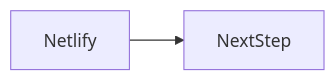
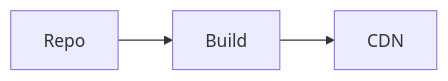
The second of 2 diagrams in docs/en/19-deployment/netlify/index.md (OmidJavaherii/Frontend-Engineering-Handbook), drawn with Mermaid before and after one commit. The commit also changed other lines of this file and 461 other files, not shown here.

````diff
--- a/docs/en/19-deployment/netlify/index.md
+++ b/docs/en/19-deployment/netlify/index.md
@@ -94,4 +112,5 @@
 ```mermaid
 flowchart LR
-  concept[Netlify] --> nextStep[NextStep]
+  Repo --> Build
+  Build --> CDN
 ```
````
